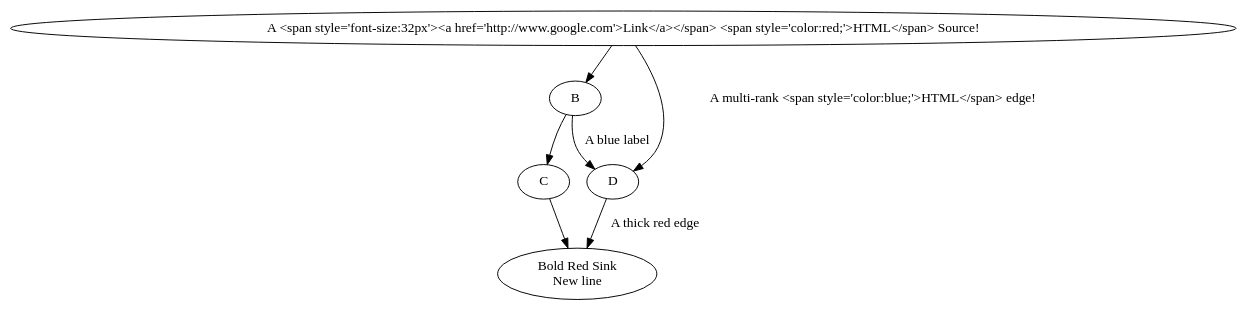
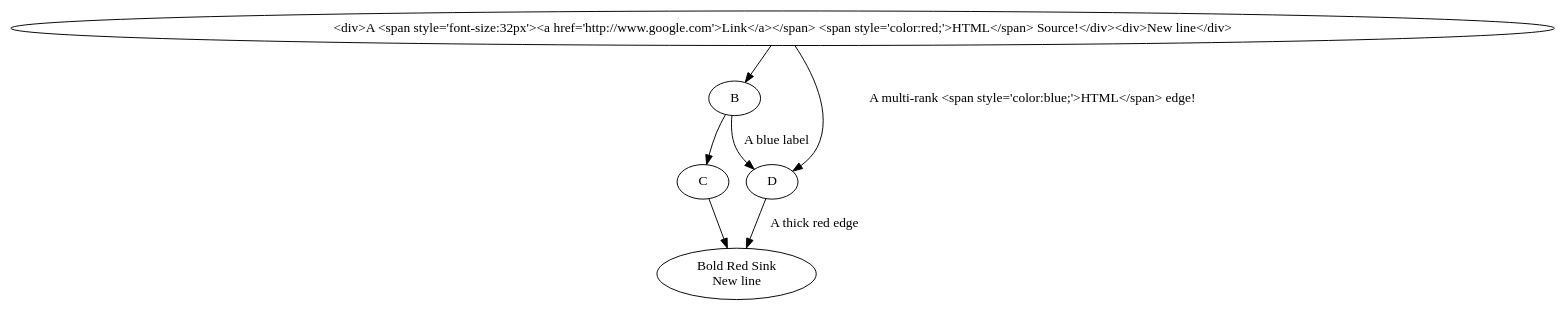
The diagram in phonebill-gwt/src/main/webapp/grid.dot (DavidWhitlock/PortlandStateJavaSummer2015), drawn with Graphviz before and after one commit.

Commit message:
divs work for newlines, also.

```diff
--- a/phonebill-gwt/src/main/webapp/grid.dot
+++ b/phonebill-gwt/src/main/webapp/grid.dot
@@ -1,14 +1,14 @@
 digraph {
     /* Note: HTML labels do not work in IE, which lacks support for <foreignObject> tags. */
     node [rx=5 ry=5 labelStyle="font: 300 14px 'Helvetica Neue', Helvetica"]
     edge [labelStyle="font: 300 14px 'Helvetica Neue', Helvetica"]
     A [labelType="html"
-       label="A <span style='font-size:32px'><a href='http://www.google.com'>Link</a></span> <span style='color:red;'>HTML</span> Source!"];
+       label="<div>A <span style='font-size:32px'><a href='http://www.google.com'>Link</a></span> <span style='color:red;'>HTML</span> Source!</div><div>New line</div>"];
     C;
     E [label="Bold Red Sink\nNew line" style="fill: #f77; font-weight: bold"];
     A -> B -> C;
     B -> D [label="A blue label" labelStyle="fill: #55f; font-weight: bold;"];
     D -> E [label="A thick red edge" style="stroke: #f77; stroke-width: 2px;" arrowheadStyle="fill: #f77"];
     C -> E;
     A -> D [labelType="html" label="A multi-rank <span style='color:blue;'>HTML</span> edge!"];
 }
```
